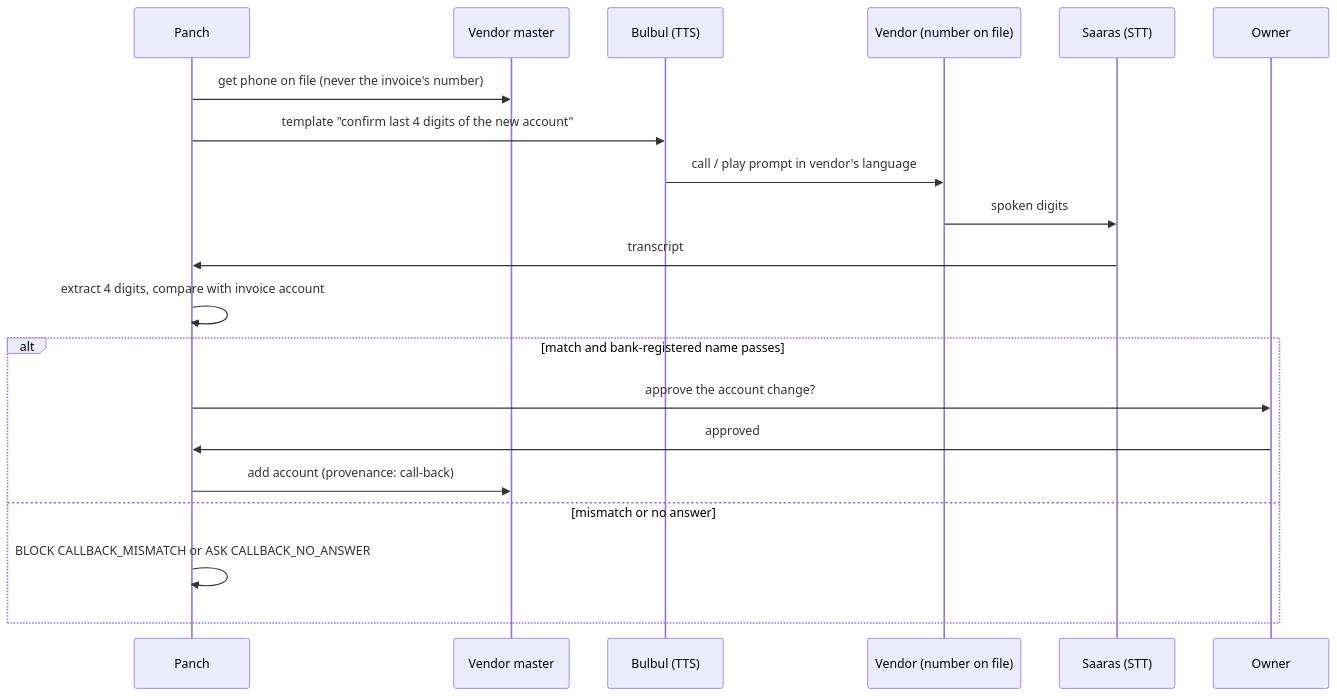
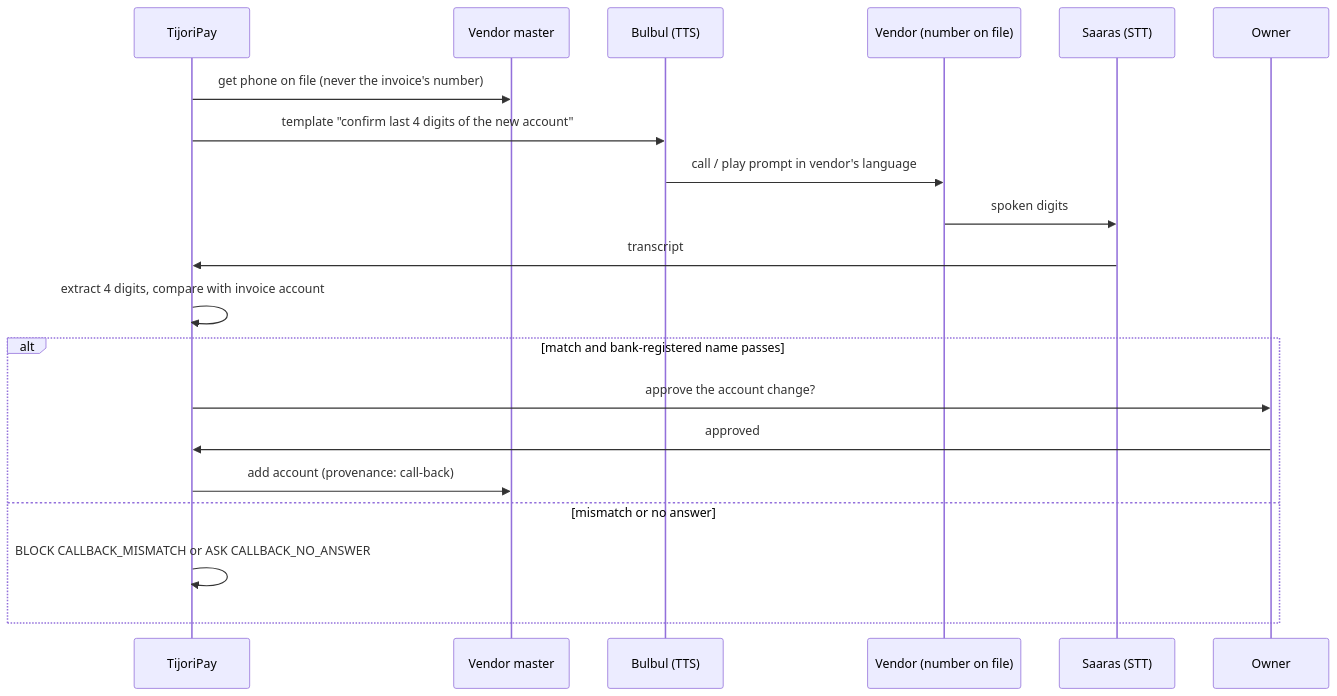
The third of 4 diagrams in docs/ARCHITECTURE.md (ServerCrash358/cashfreeXsarvam), drawn with Mermaid before and after one commit. The commit also changed other lines of this file and 14 other files, not shown here.

Commit message:
Rename to TijoriPay; add 30 more unit and API tests (invariants, duplicates, lanes, call-back, planner, payouts, audit, API flow)

````diff
--- a/docs/ARCHITECTURE.md
+++ b/docs/ARCHITECTURE.md
@@ -103,22 +103,22 @@
 ```mermaid
 sequenceDiagram
-  participant P as Panch
+  participant P as TijoriPay
   participant VM as Vendor master
   participant B as Bulbul (TTS)
   participant V as Vendor (number on file)
   participant S as Saaras (STT)
   participant O as Owner
   P->>VM: get phone on file (never the invoice's number)
   P->>B: template "confirm last 4 digits of the new account"
   B->>V: call / play prompt in vendor's language
   V->>S: spoken digits
   S->>P: transcript
   P->>P: extract 4 digits, compare with invoice account
   alt match and bank-registered name passes
     P->>O: approve the account change?
     O->>P: approved
     P->>VM: add account (provenance: call-back)
   else mismatch or no answer
     P->>P: BLOCK CALLBACK_MISMATCH or ASK CALLBACK_NO_ANSWER
   end
 ```
````
